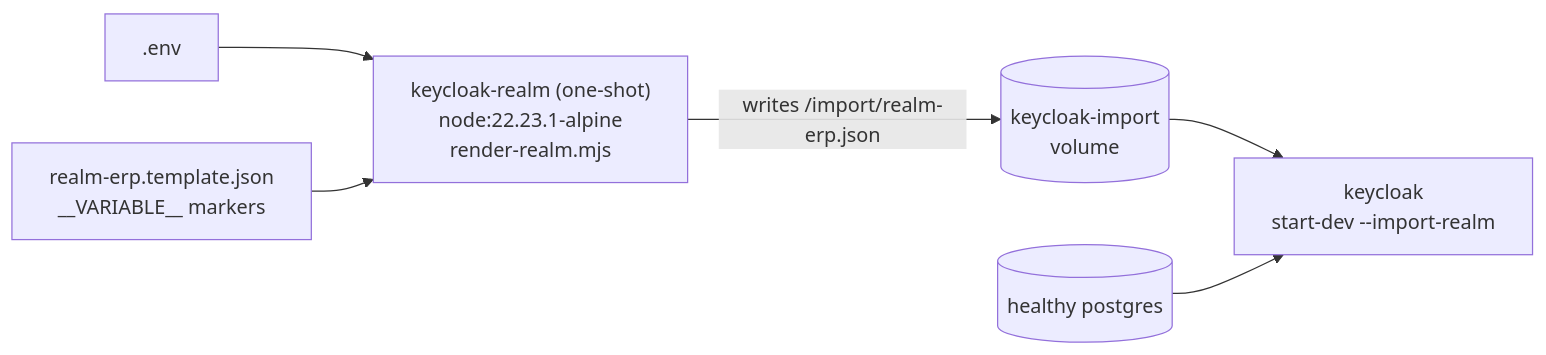
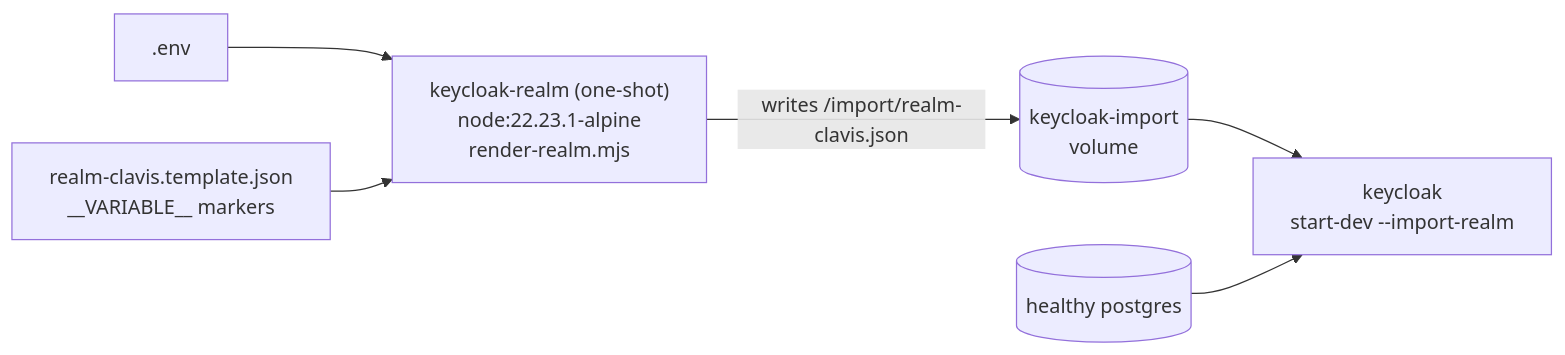
One commit to mapineda48/clavis changed the fifth of 5 diagrams in docs/architecture.md. Above: the diagram before and after it, drawn with Mermaid. The commit also changed other lines of this file and 130 other files, not shown here.

````diff
--- a/docs/architecture.md
+++ b/docs/architecture.md
@@ -414,8 +414,8 @@
 ```mermaid
 flowchart LR
     ENV[".env"] --> R["keycloak-realm (one-shot)<br/>node:22.23.1-alpine<br/>render-realm.mjs"]
-    T["realm-erp.template.json<br/>__VARIABLE__ markers"] --> R
-    R -->|"writes /import/realm-erp.json"| VOL[("keycloak-import<br/>volume")]
+    T["realm-clavis.template.json<br/>__VARIABLE__ markers"] --> R
+    R -->|"writes /import/realm-clavis.json"| VOL[("keycloak-import<br/>volume")]
     VOL --> KC["keycloak<br/>start-dev --import-realm"]
     PG[("healthy postgres")] --> KC
 ```
````
